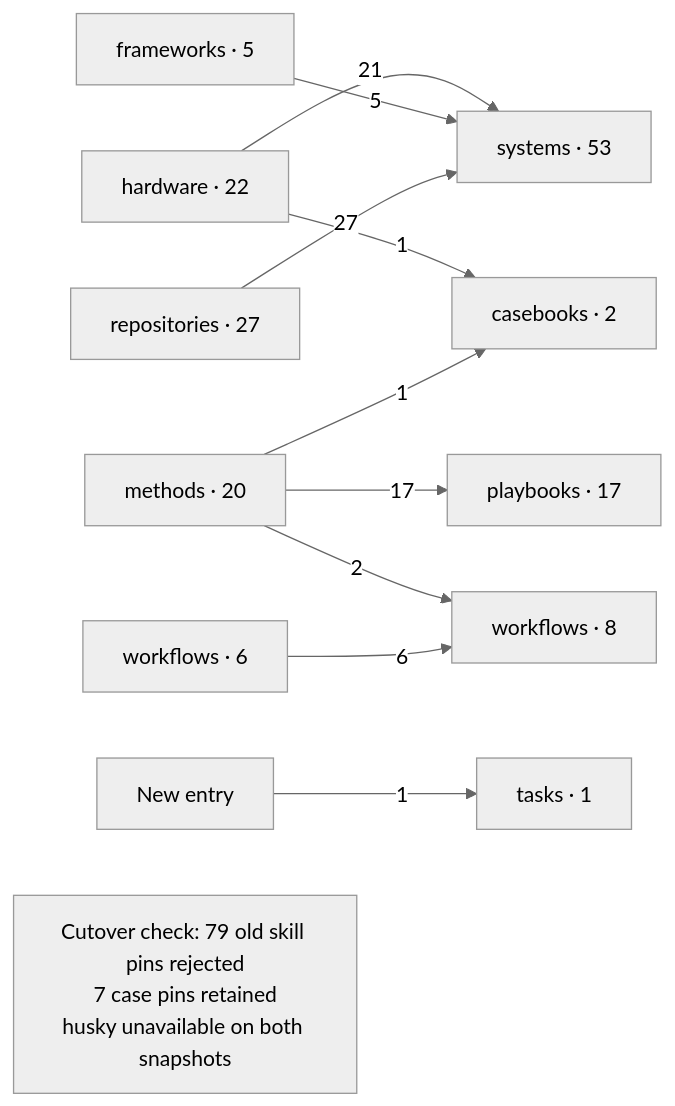
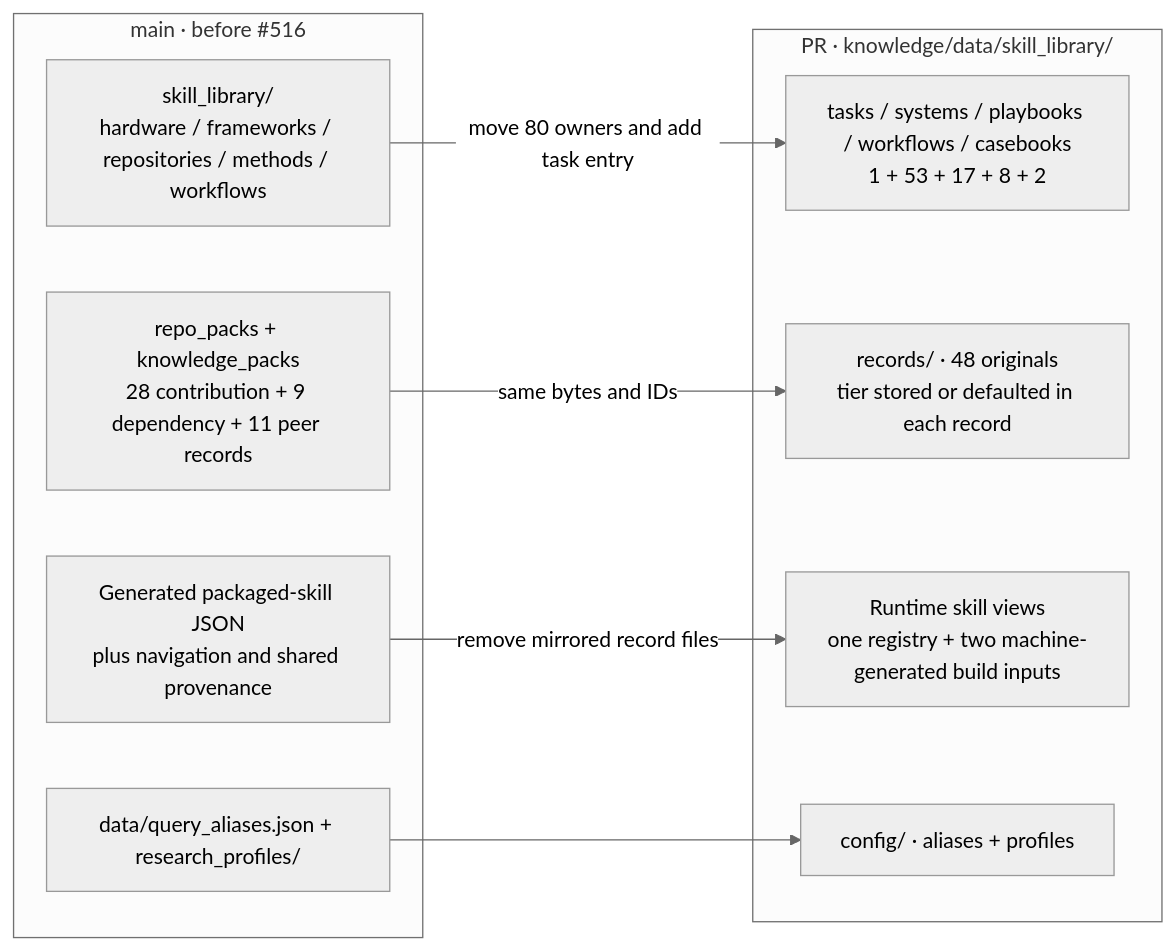
One commit to InferMatrixLab/InferRSI changed the fourth of 4 diagrams in docs/knowledge-layout.md. Above: the diagram before and after it, drawn with Mermaid (neutral theme). The commit also changed other lines of this file and 185 other files, not shown here.

Commit message:
Unify knowledge resources under skill_library and assemble catalog views on read

````diff
--- a/docs/knowledge-layout.md
+++ b/docs/knowledge-layout.md
@@ -73,13 +62,19 @@
 ```mermaid
 flowchart LR
-    H["hardware · 22"] -->|21| S["systems · 53"]
-    H -->|1| C["casebooks · 2"]
-    FW["frameworks · 5"] -->|5| S
-    RE["repositories · 27"] -->|27| S
-    M["methods · 20"] -->|17| P["playbooks · 17"]
-    M -->|2| W["workflows · 8"]
-    M -->|1| C
-    OW["workflows · 6"] -->|6| W
-    NEW["New entry"] -->|1| T["tasks · 1"]
-    NOTE["Cutover check: 79 old skill pins rejected<br/>7 case pins retained<br/>husky unavailable on both snapshots"]
+    subgraph OLD["main · before #516"]
+        A["skill_library/<br/>hardware / frameworks / repositories / methods / workflows"]
+        B["repo_packs + knowledge_packs<br/>28 contribution + 9 dependency + 11 peer records"]
+        C["Generated packaged-skill JSON<br/>plus navigation and shared provenance"]
+        D["data/query_aliases.json + research_profiles/"]
+    end
+    subgraph NEW["PR · knowledge/data/skill_library/"]
+        N["tasks / systems / playbooks / workflows / casebooks<br/>1 + 53 + 17 + 8 + 2"]
+        R["records/ · 48 originals<br/>tier stored or defaulted in each record"]
+        V["Runtime skill views<br/>one registry + two machine-generated build inputs"]
+        P["config/ · aliases + profiles"]
+    end
+    A -->|move 80 owners and add task entry| N
+    B -->|same bytes and IDs| R
+    C -->|remove mirrored record files| V
+    D --> P
 ```
````
